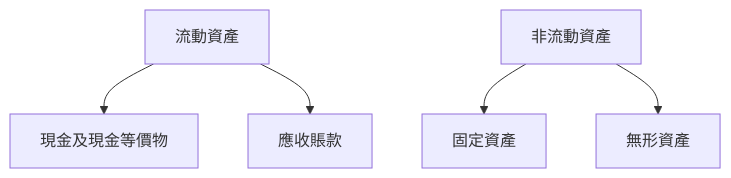
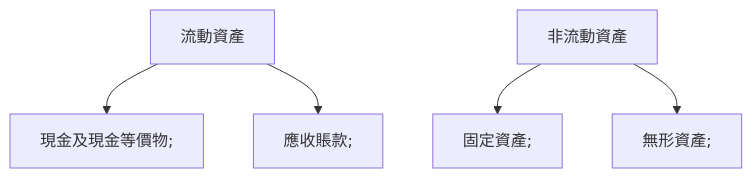
Before and after one commit to yennanliu/finance_data: the sixth of 11 diagrams in ai_gen_report/stock/goog/fundamental_analysis_2026-03-23_openai.md, drawn with Mermaid. The commit also changed other lines of this file and 2258 other files, not shown here.

First line of the commit message:
chore: backfill Mermaid syntax repair across existing reports

````diff
--- a/ai_gen_report/stock/goog/fundamental_analysis_2026-03-23_openai.md
+++ b/ai_gen_report/stock/goog/fundamental_analysis_2026-03-23_openai.md
@@ -147,7 +147,7 @@
 ```mermaid
 graph TD;
-    流動資產-->現金及現金等價物;
-    流動資產-->應收賬款;
-    非流動資產-->固定資產;
-    非流動資產-->無形資產;
+    流動資產 --> nb1["現金及現金等價物;"]
+    流動資產 --> nb2["應收賬款;"]
+    非流動資產 --> nb3["固定資產;"]
+    非流動資產 --> nb4["無形資產;"]
 ```
````
